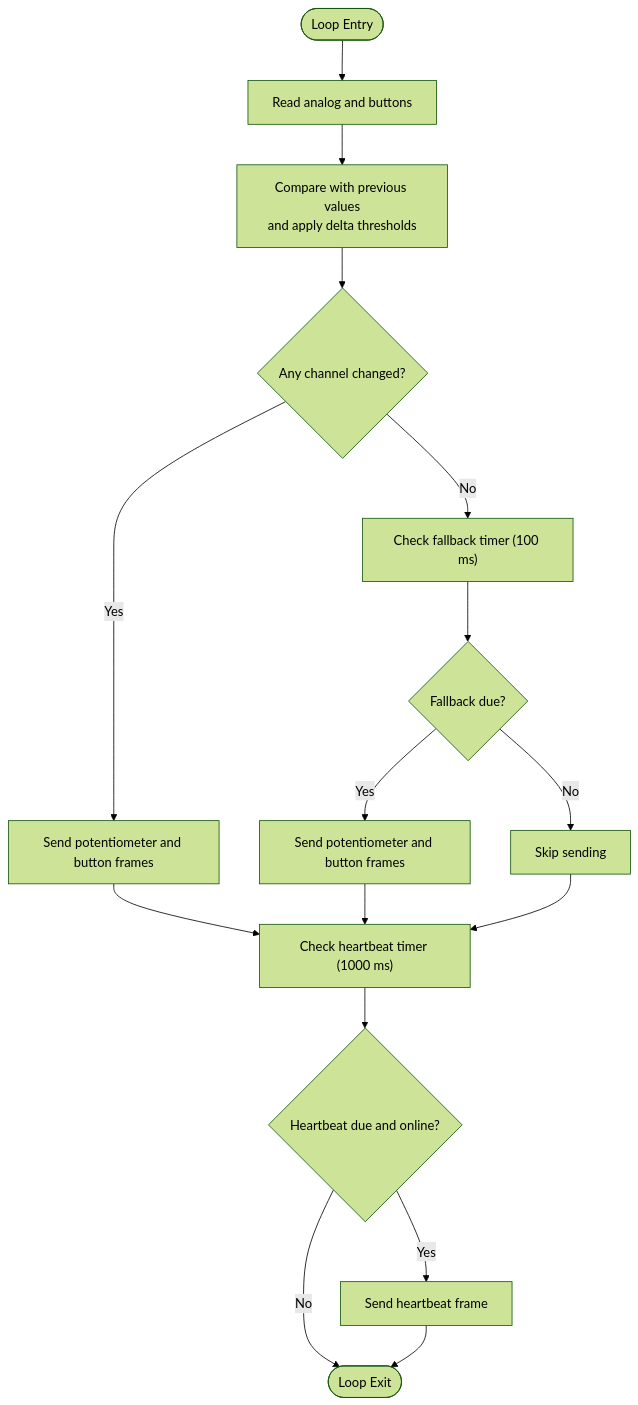
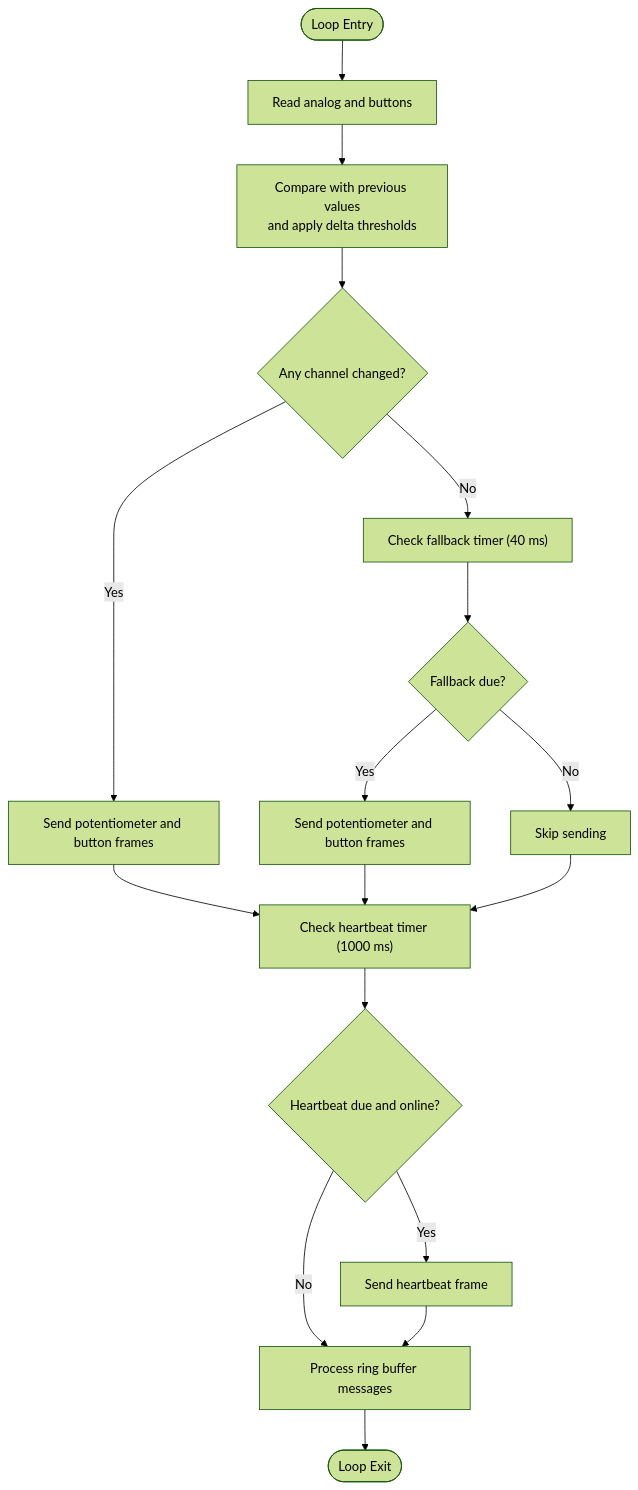
One commit to gunicsba/ESP_CAN_ECU_joystick_collection changed the third of 5 diagrams in .qoder/repowiki/en/content/ECU Implementations/Joystick ECU/Real-time Data Transmission.md. Above: the diagram before and after it, drawn with Mermaid (forest theme). The commit also changed other lines of this file and 11 other files, not shown here.

````diff
--- a/.qoder/repowiki/en/content/ECU Implementations/Joystick ECU/Real-time Data Transmission.md
+++ b/.qoder/repowiki/en/content/ECU Implementations/Joystick ECU/Real-time Data Transmission.md
@@ -136,18 +154,19 @@
 ```mermaid
 flowchart TD
 Start(["Loop Entry"]) --> ReadInputs["Read analog and buttons"]
 ReadInputs --> CheckDelta["Compare with previous values<br/>and apply delta thresholds"]
 CheckDelta --> Changed{"Any channel changed?"}
 Changed --> |Yes| SendEvents["Send potentiometer and button frames"]
-Changed --> |No| FallbackCheck["Check fallback timer (100 ms)"]
+Changed --> |No| FallbackCheck["Check fallback timer (40 ms)"]
 FallbackCheck --> FallbackDue{"Fallback due?"}
 FallbackDue --> |Yes| SendFallback["Send potentiometer and button frames"]
 FallbackDue --> |No| SkipFallback["Skip sending"]
 SendEvents --> HeartbeatCheck["Check heartbeat timer (1000 ms)"]
 SendFallback --> HeartbeatCheck
 SkipFallback --> HeartbeatCheck
 HeartbeatCheck --> HBDue{"Heartbeat due and online?"}
 HBDue --> |Yes| SendHB["Send heartbeat frame"]
-HBDue --> |No| End(["Loop Exit"])
-SendHB --> End
+HBDue --> |No| RingBufProcess["Process ring buffer messages"]
+SendHB --> RingBufProcess
+RingBufProcess --> End(["Loop Exit"])
 ```
````
